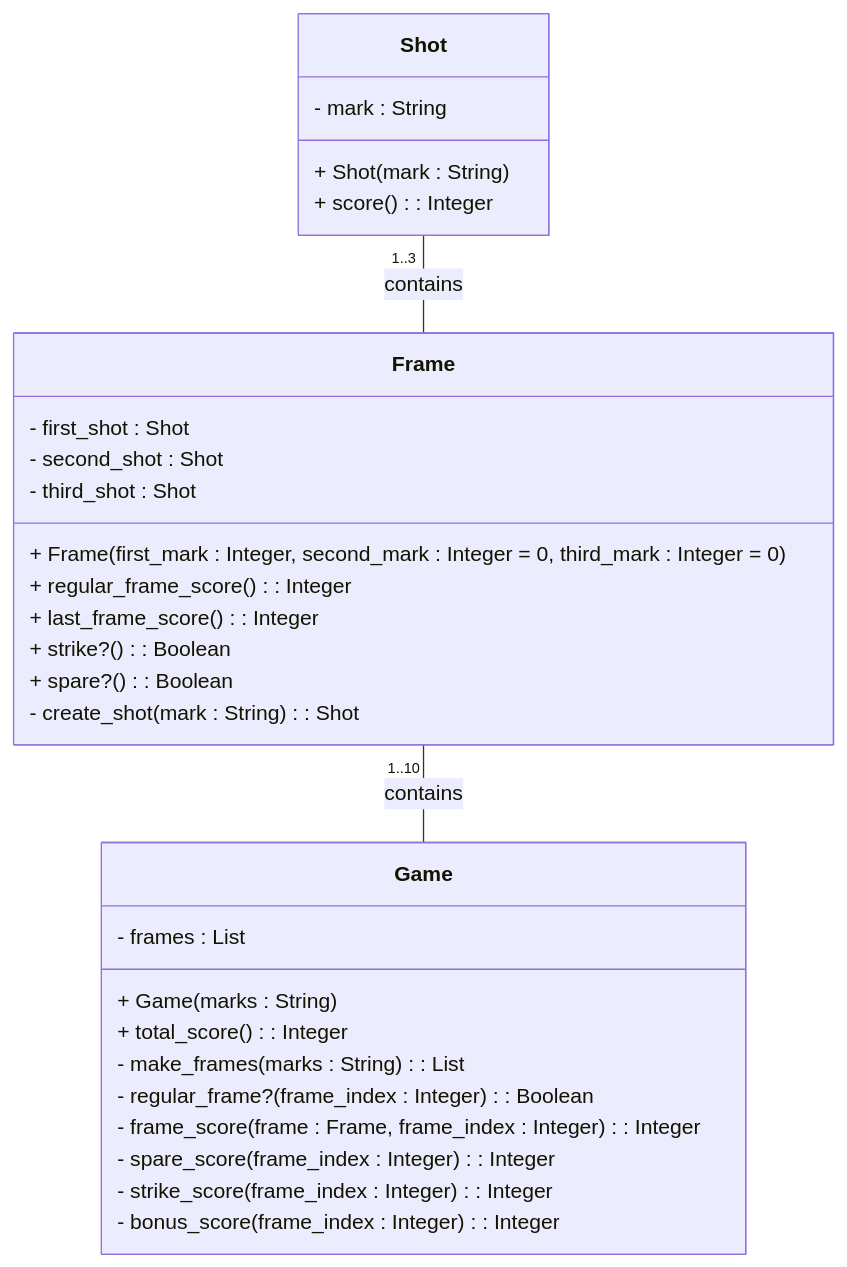
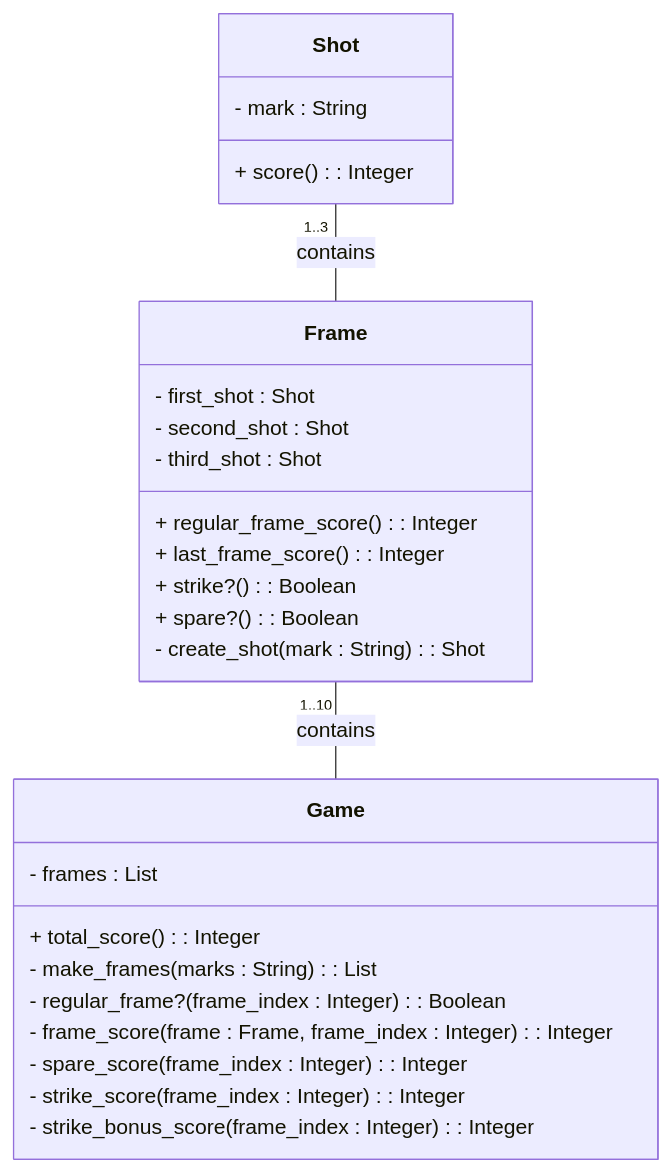
The diagram in 06.bowling_object/game.md (takao0206/ruby-practices), drawn with Mermaid before and after one commit.

Commit message:
クラス図からinitializerを削除

````diff
--- a/06.bowling_object/game.md
+++ b/06.bowling_object/game.md
@@ -1,33 +1,30 @@
 ```mermaid
 classDiagram
   class Shot {
     - mark : String
-    + Shot(mark : String)
     + score() : Integer
   }
   class Frame {
     - first_shot : Shot
     - second_shot : Shot
     - third_shot : Shot
-    + Frame(first_mark : Integer, second_mark : Integer = 0, third_mark : Integer = 0)
     + regular_frame_score() : Integer
     + last_frame_score() : Integer
     + strike?() : Boolean
     + spare?() : Boolean
     - create_shot(mark : String) : Shot
   }
   class Game {
     - frames : List<Frame>
-    + Game(marks : String)
     + total_score() : Integer
     - make_frames(marks : String) : List<Frame>
     - regular_frame?(frame_index : Integer) : Boolean
     - frame_score(frame : Frame, frame_index : Integer) : Integer
     - spare_score(frame_index : Integer) : Integer
     - strike_score(frame_index : Integer) : Integer
-    - bonus_score(frame_index : Integer) : Integer
+    - strike_bonus_score(frame_index : Integer) : Integer
   }
 
 Shot "1..3" -- Frame : contains
 Frame "1..10" -- Game : contains
 ```
````
